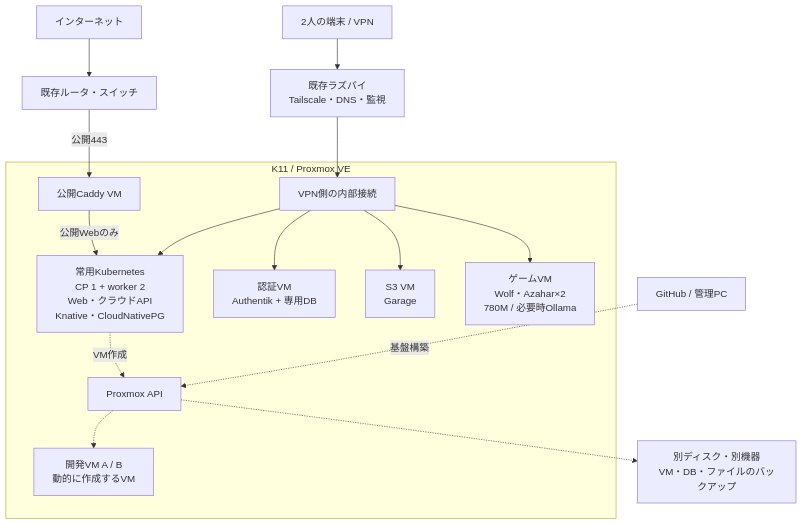
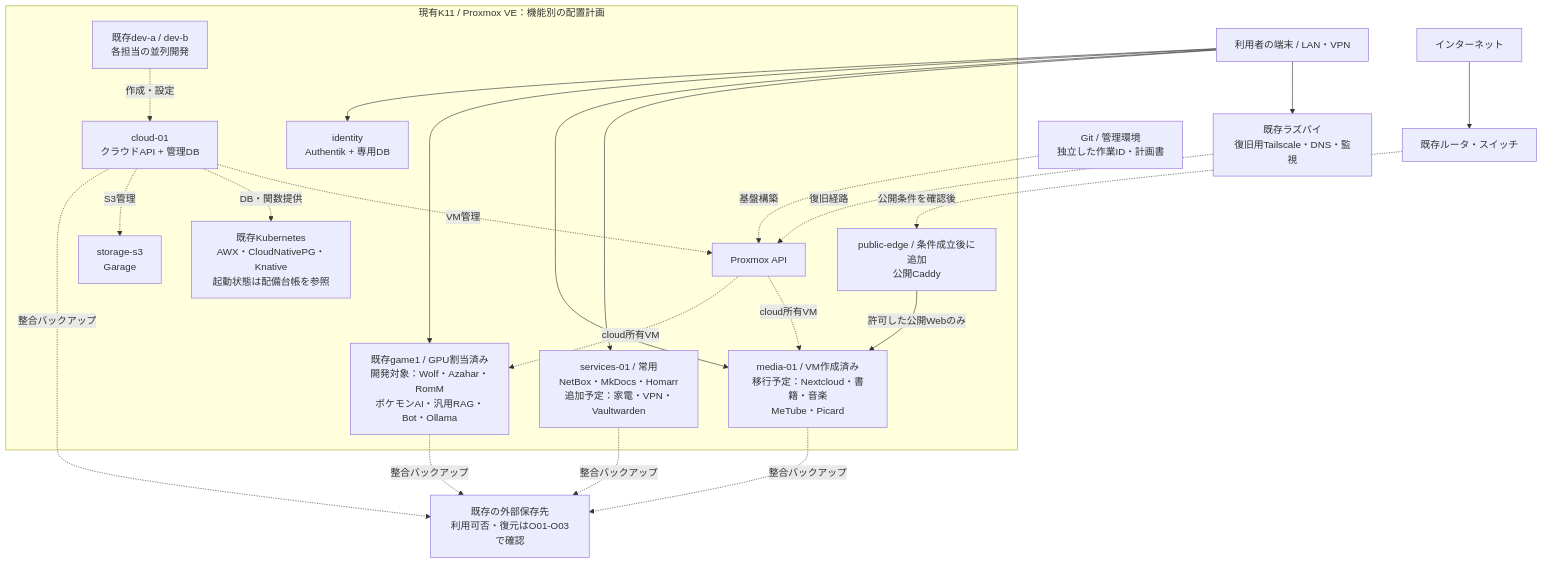
One commit to rurutheGeek/shake-cloud changed the diagram in docs/architecture/diagrams/overview.mmd. Above: the diagram before and after it, drawn with Mermaid. The commit also changed 192 other files, not shown here.

```diff
--- a/docs/architecture/diagrams/overview.mmd
+++ b/docs/architecture/diagrams/overview.mmd
@@ -1,25 +1,36 @@
 flowchart TB
+  users["利用者の端末 / LAN・VPN"]
+  pi["既存ラズパイ<br/>復旧用Tailscale・DNS・監視"]
   internet["インターネット"] --> router["既存ルータ・スイッチ"]
-  users["2人の端末 / VPN"] --> pi["既存ラズパイ<br/>Tailscale・DNS・監視"]
-  subgraph host["K11 / Proxmox VE"]
-    edge["公開Caddy VM"]
-    private["VPN側の内部接続"]
-    k8s["常用Kubernetes<br/>CP 1 + worker 2<br/>Web・クラウドAPI<br/>Knative・CloudNativePG"]
-    identity["認証VM<br/>Authentik + 専用DB"]
-    s3["S3 VM<br/>Garage"]
-    game["ゲームVM<br/>Wolf・Azahar×2<br/>780M / 必要時Ollama"]
+  subgraph host["現有K11 / Proxmox VE：機能別の配置計画"]
+    services["services-01 / 常用<br/>NetBox・MkDocs・Homarr<br/>追加予定：家電・VPN・Vaultwarden"]
+    media["media-01 / VM作成済み<br/>移行予定：Nextcloud・書籍・音楽<br/>MeTube・Picard"]
+    game["既存game1 / GPU割当済み<br/>開発対象：Wolf・Azahar・RomM<br/>ポケモンAI・汎用RAG・Bot・Ollama"]
+    identity["identity<br/>Authentik + 専用DB"]
+    cloud["cloud-01<br/>クラウドAPI + 管理DB"]
+    k8s["既存Kubernetes<br/>AWX・CloudNativePG・Knative<br/>起動状態は配備台帳を参照"]
+    s3["storage-s3<br/>Garage"]
+    edge["public-edge / 条件成立後に追加<br/>公開Caddy"]
     pve["Proxmox API"]
-    dev["開発VM A / B<br/>動的に作成するVM"]
-    edge -->|公開Webのみ| k8s
-    private --> k8s
-    private --> identity
-    private --> s3
-    private --> game
-    k8s -. VM作成 .-> pve
-    pve -.-> dev
+    dev["既存dev-a / dev-b<br/>各担当の並列開発"]
+    edge -->|許可した公開Webのみ| media
+    cloud -. VM管理 .-> pve
+    cloud -. DB・関数提供 .-> k8s
+    cloud -. S3管理 .-> s3
+    pve -. cloud所有VM .-> media
+    pve -. cloud所有VM .-> game
+    dev -. 作成・設定 .-> cloud
   end
-  router -->|公開443| edge
-  pi --> private
-  git["GitHub / 管理PC"] -. 基盤構築 .-> pve
-  backup["別ディスク・別機器<br/>VM・DB・ファイルのバックアップ"]
-  pve -.-> backup
+  users --> services
+  users --> media
+  users --> game
+  users --> identity
+  users --> pi
+  pi -. 復旧経路 .-> pve
+  router -. 公開条件を確認後 .-> edge
+  git["Git / 管理環境<br/>独立した作業ID・計画書"] -. 基盤構築 .-> pve
+  backup["既存の外部保存先<br/>利用可否・復元はO01-O03で確認"]
+  services -. 整合バックアップ .-> backup
+  media -. 整合バックアップ .-> backup
+  game -. 整合バックアップ .-> backup
+  cloud -. 整合バックアップ .-> backup
```
